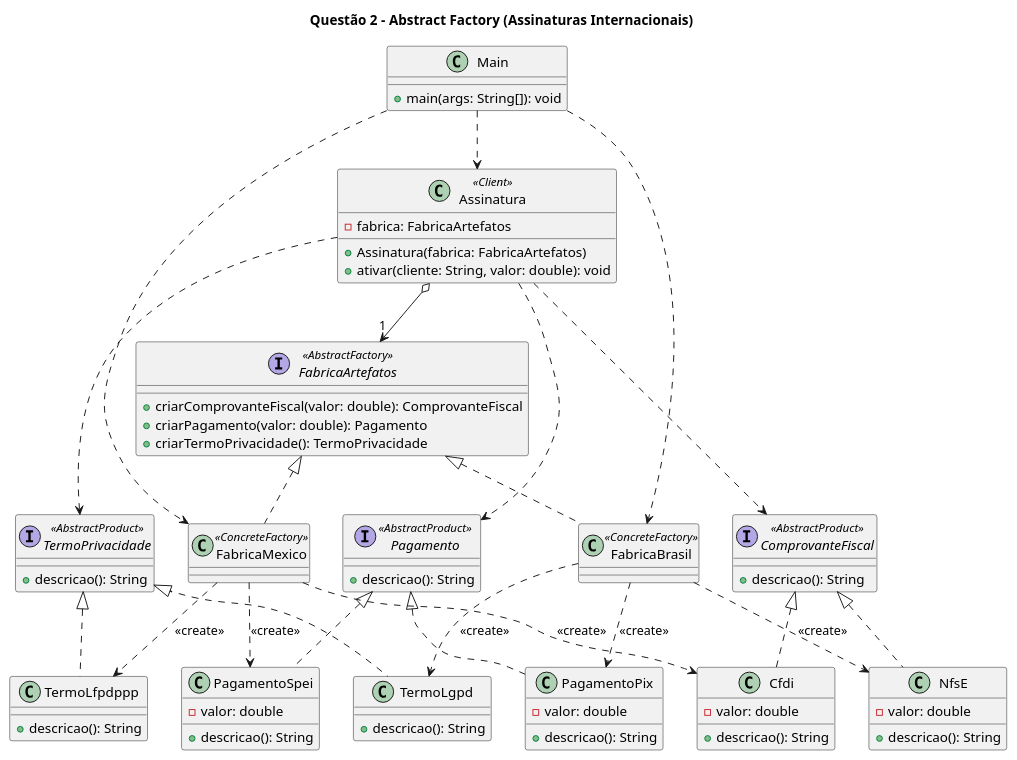
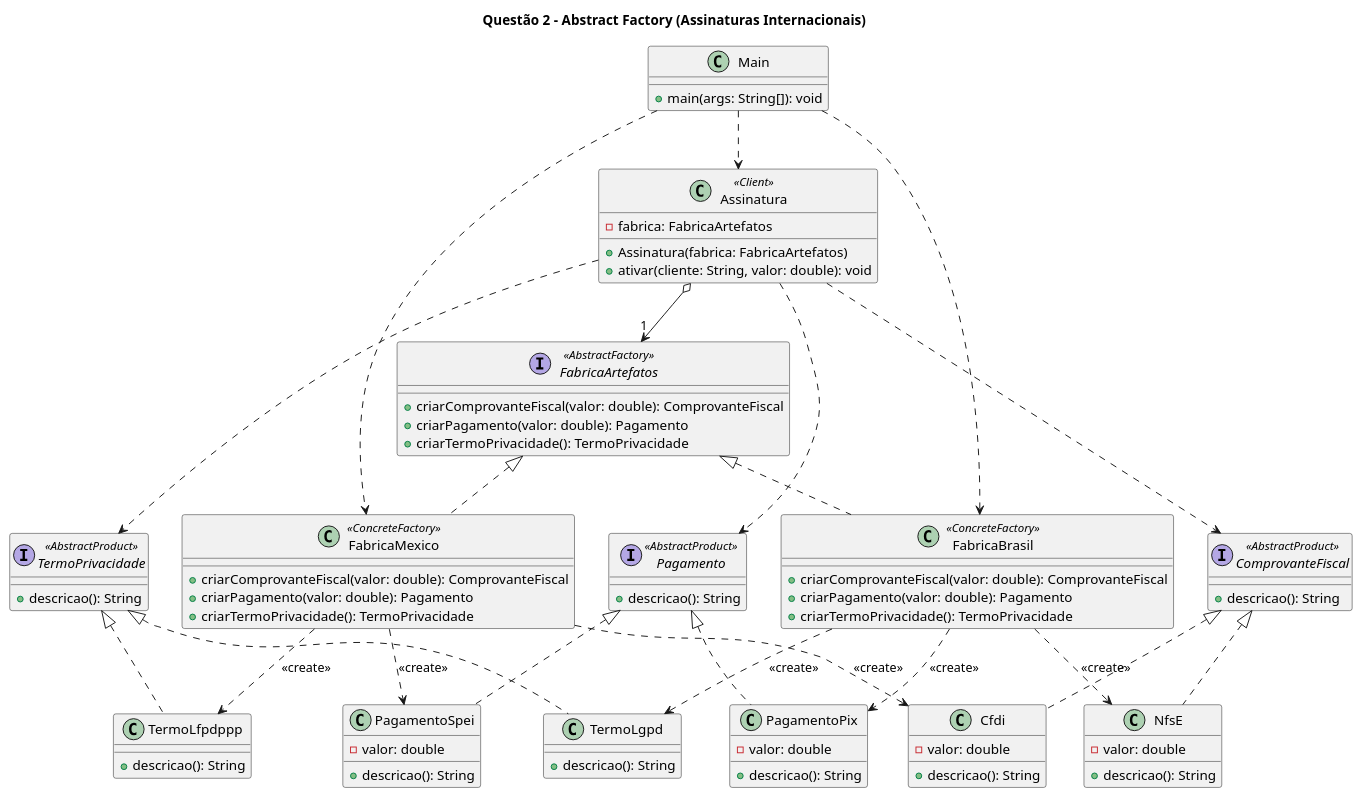
The diagram in padroes-projetos-av-andre-caires/questao2/diagrama/diagrama.puml (acairesm/padroes-projetos-av-andre-caires), drawn with PlantUML before and after one commit. The commit also changed 1 other file, not shown here.

Commit message:
Atualiza classes FabricaBrasil e FabricaMexico para incluir métodos de criação de comprovantes fiscais, pagamentos e termos de privacidade

```diff
--- a/padroes-projetos-av-andre-caires/questao2/diagrama/diagrama.puml
+++ b/padroes-projetos-av-andre-caires/questao2/diagrama/diagrama.puml
@@ -1,81 +1,89 @@
 @startuml
 title Questão 2 - Abstract Factory (Assinaturas Internacionais)
 
 interface FabricaArtefatos <<AbstractFactory>> {
   +criarComprovanteFiscal(valor: double): ComprovanteFiscal
   +criarPagamento(valor: double): Pagamento
   +criarTermoPrivacidade(): TermoPrivacidade
 }
 
-class FabricaBrasil <<ConcreteFactory>>
-class FabricaMexico <<ConcreteFactory>>
+class FabricaBrasil <<ConcreteFactory>> {
+  +criarComprovanteFiscal(valor: double): ComprovanteFiscal
+  +criarPagamento(valor: double): Pagamento
+  +criarTermoPrivacidade(): TermoPrivacidade
+}
+class FabricaMexico <<ConcreteFactory>> {
+  +criarComprovanteFiscal(valor: double): ComprovanteFiscal
+  +criarPagamento(valor: double): Pagamento
+  +criarTermoPrivacidade(): TermoPrivacidade
+}
 
 interface ComprovanteFiscal <<AbstractProduct>> {
   +descricao(): String
 }
 interface Pagamento <<AbstractProduct>> {
   +descricao(): String
 }
 interface TermoPrivacidade <<AbstractProduct>> {
   +descricao(): String
 }
 
 class NfsE {
   -valor: double
   +descricao(): String
 }
 class Cfdi {
   -valor: double
   +descricao(): String
 }
 class PagamentoPix {
   -valor: double
   +descricao(): String
 }
 class PagamentoSpei {
   -valor: double
   +descricao(): String
 }
 class TermoLgpd {
   +descricao(): String
 }
 class TermoLfpdppp {
   +descricao(): String
 }
 
 class Assinatura <<Client>> {
   -fabrica: FabricaArtefatos
   +Assinatura(fabrica: FabricaArtefatos)
   +ativar(cliente: String, valor: double): void
 }
 
 class Main {
   +main(args: String[]): void
 }
 
 FabricaArtefatos <|.. FabricaBrasil
 FabricaArtefatos <|.. FabricaMexico
 
 ComprovanteFiscal <|.. NfsE
 ComprovanteFiscal <|.. Cfdi
 Pagamento <|.. PagamentoPix
 Pagamento <|.. PagamentoSpei
 TermoPrivacidade <|.. TermoLgpd
 TermoPrivacidade <|.. TermoLfpdppp
 
 FabricaBrasil ..> NfsE : <<create>>
 FabricaBrasil ..> PagamentoPix : <<create>>
 FabricaBrasil ..> TermoLgpd : <<create>>
 FabricaMexico ..> Cfdi : <<create>>
 FabricaMexico ..> PagamentoSpei : <<create>>
 FabricaMexico ..> TermoLfpdppp : <<create>>
 
 Assinatura o--> "1" FabricaArtefatos
 Assinatura ..> ComprovanteFiscal
 Assinatura ..> Pagamento
 Assinatura ..> TermoPrivacidade
 
 Main ..> Assinatura
 Main ..> FabricaBrasil
 Main ..> FabricaMexico
 @enduml
```
